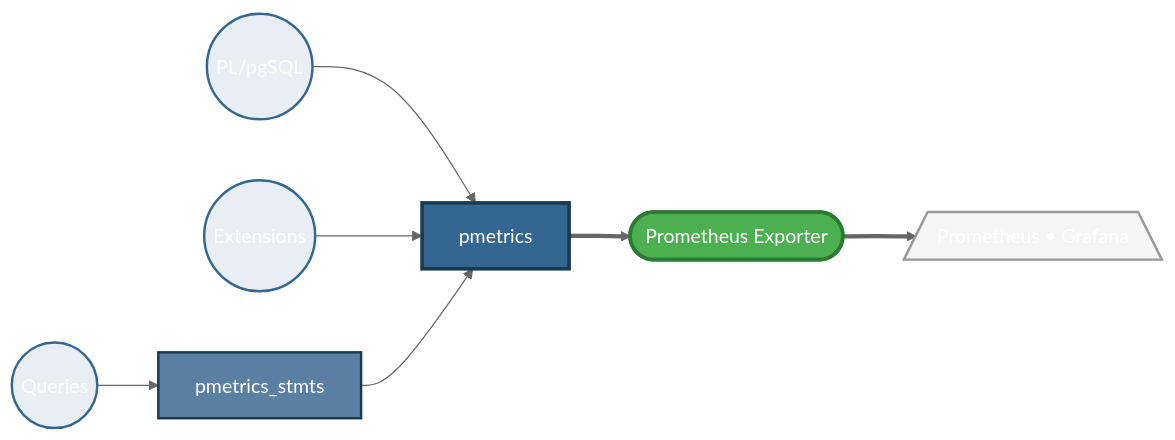
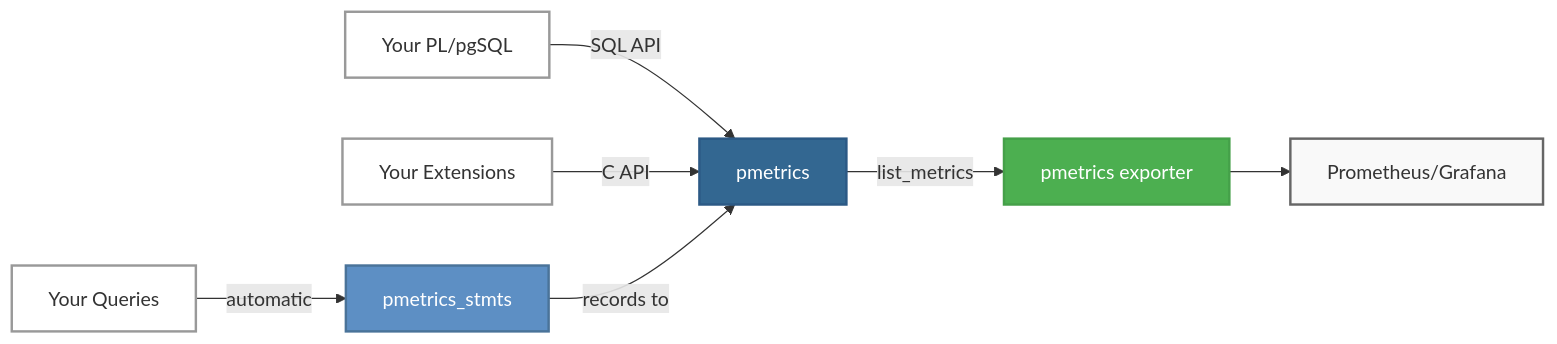
Before and after one commit to v0idpwn-industries/pmetrics: the diagram in README.md, drawn with Mermaid.

````diff
--- a/README.md
+++ b/README.md
@@ -5,23 +5,22 @@
 ```mermaid
-%%{init: {'theme':'base', 'themeVariables': { 'primaryColor':'#336791','primaryTextColor':'#fff','primaryBorderColor':'#000','lineColor':'#666','secondaryColor':'#4CAF50','tertiaryColor':'#f5f5f5'}}}%%
 graph LR
-    Q((Queries))
-    P((PL/pgSQL))
-    E((Extensions))
+    Q[Your Queries]
+    P[Your PL/pgSQL]
+    E[Your Extensions]
 
-    Q --> S[pmetrics_stmts]
-    P --> C[pmetrics]
-    E --> C
-    S --> C
+    Q -->|automatic| S[pmetrics_stmts]
+    P -->|SQL API| C[pmetrics]
+    E -->|C API| C
+    S -->|records to| C
 
-    C ==> X([Prometheus Exporter])
-    X ==> M[/Prometheus • Grafana\]
+    C -->|list_metrics| X[pmetrics exporter]
+    X --> M[Prometheus/Grafana]
 
-    style C fill:#336791,stroke:#1a3a52,stroke-width:3px,color:#fff
-    style S fill:#5a7fa3,stroke:#1a3a52,stroke-width:2px,color:#fff
-    style X fill:#4CAF50,stroke:#2d7a35,stroke-width:3px,color:#fff
-    style M fill:#f5f5f5,stroke:#999,stroke-width:2px
-    style Q fill:#e8eef3,stroke:#336791,stroke-width:2px
-    style P fill:#e8eef3,stroke:#336791,stroke-width:2px
-    style E fill:#e8eef3,stroke:#336791,stroke-width:2px
+    style C fill:#336791,stroke:#2c5985,stroke-width:2px,color:#fff
+    style S fill:#5d8fc4,stroke:#4a7399,stroke-width:2px,color:#fff
+    style X fill:#4CAF50,stroke:#45a049,stroke-width:2px,color:#fff
+    style M fill:#f9f9f9,stroke:#666,stroke-width:2px,color:#333
+    style Q fill:#fff,stroke:#999,stroke-width:2px,color:#333
+    style P fill:#fff,stroke:#999,stroke-width:2px,color:#333
+    style E fill:#fff,stroke:#999,stroke-width:2px,color:#333
 ```
````
